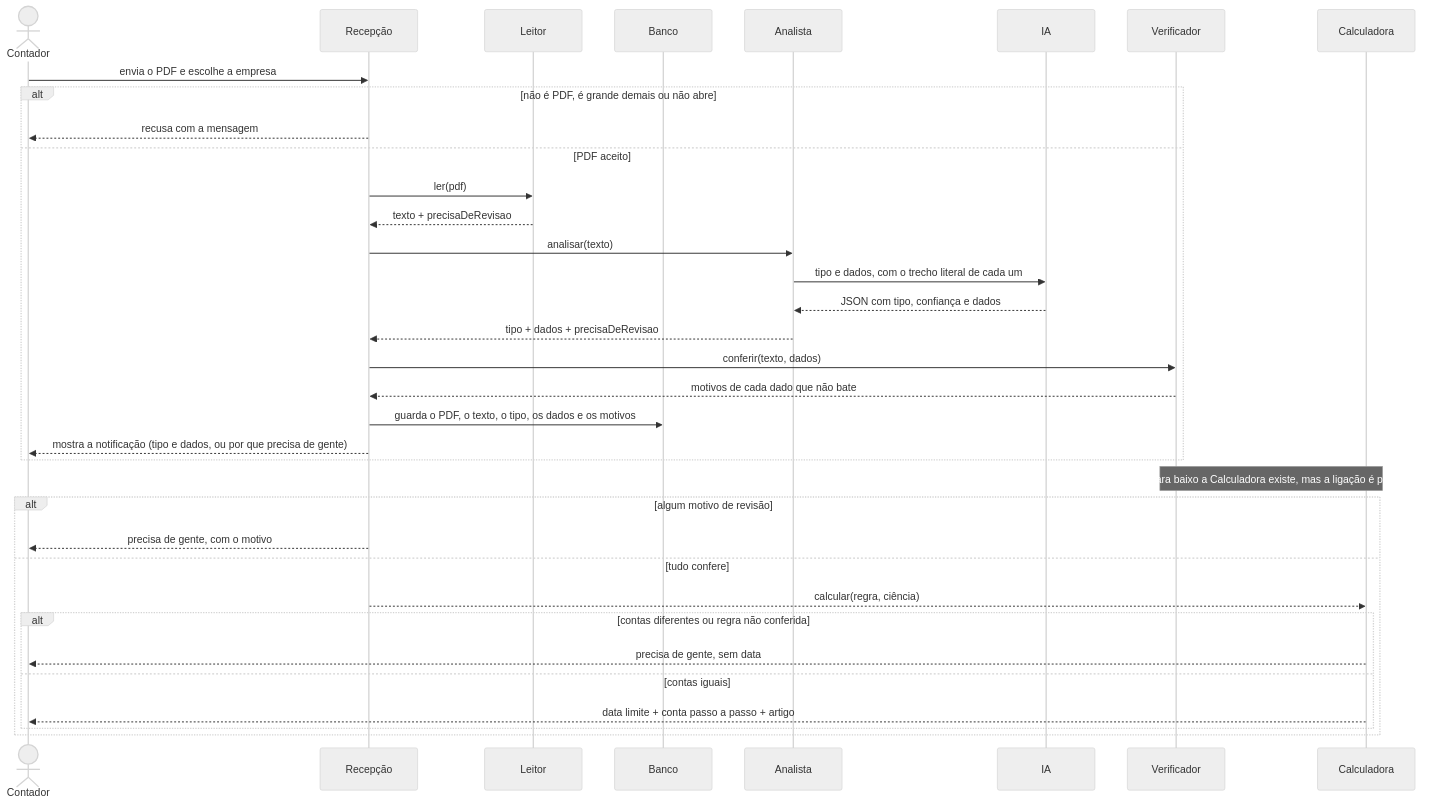
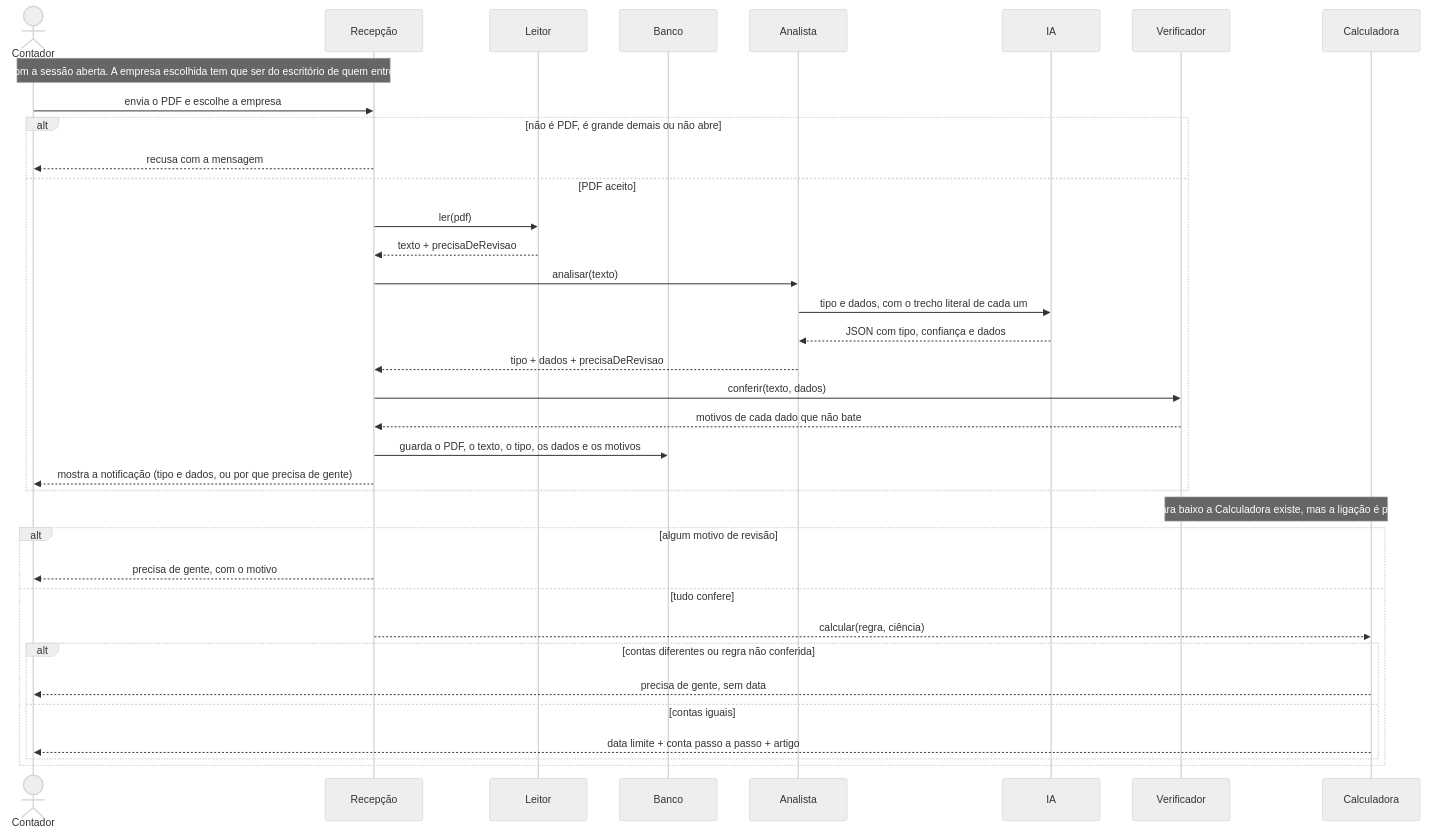
Before and after one commit to namtech-agents/atalaia: the sixth of 8 diagrams in docs/04-arquitetura/arquitetura.md, drawn with Mermaid (neutral theme). The commit also changed other lines of this file and 1 other file, not shown here.

Commit message:
docs: login, escritório, tela Empresas e as migrações V5 e V6 nos diagramas e no README (#160)

````diff
--- a/docs/04-arquitetura/arquitetura.md
+++ b/docs/04-arquitetura/arquitetura.md
@@ -241,40 +385,41 @@
 ```mermaid
 sequenceDiagram
     actor Contador
     participant Recepcao as Recepção
     participant Leitor
     participant Banco
     participant Analista
     participant IA
     participant Verificador
     participant Calculadora
 
+    Note over Contador,Recepcao: Com a sessão aberta. A empresa escolhida tem que ser do escritório de quem entrou
     Contador->>Recepcao: envia o PDF e escolhe a empresa
     alt não é PDF, é grande demais ou não abre
         Recepcao-->>Contador: recusa com a mensagem
     else PDF aceito
         Recepcao->>Leitor: ler(pdf)
         Leitor-->>Recepcao: texto + precisaDeRevisao
         Recepcao->>Analista: analisar(texto)
         Analista->>IA: tipo e dados, com o trecho literal de cada um
         IA-->>Analista: JSON com tipo, confiança e dados
         Analista-->>Recepcao: tipo + dados + precisaDeRevisao
         Recepcao->>Verificador: conferir(texto, dados)
         Verificador-->>Recepcao: motivos de cada dado que não bate
         Recepcao->>Banco: guarda o PDF, o texto, o tipo, os dados e os motivos
         Recepcao-->>Contador: mostra a notificação (tipo e dados, ou por que precisa de gente)
     end
 
     Note over Verificador,Calculadora: Daqui para baixo a Calculadora existe, mas a ligação é planejada
 
     alt algum motivo de revisão
         Recepcao-->>Contador: precisa de gente, com o motivo
     else tudo confere
         Recepcao-->>Calculadora: calcular(regra, ciência)
         alt contas diferentes ou regra não conferida
             Calculadora-->>Contador: precisa de gente, sem data
         else contas iguais
             Calculadora-->>Contador: data limite + conta passo a passo + artigo
         end
     end
 ```
````
